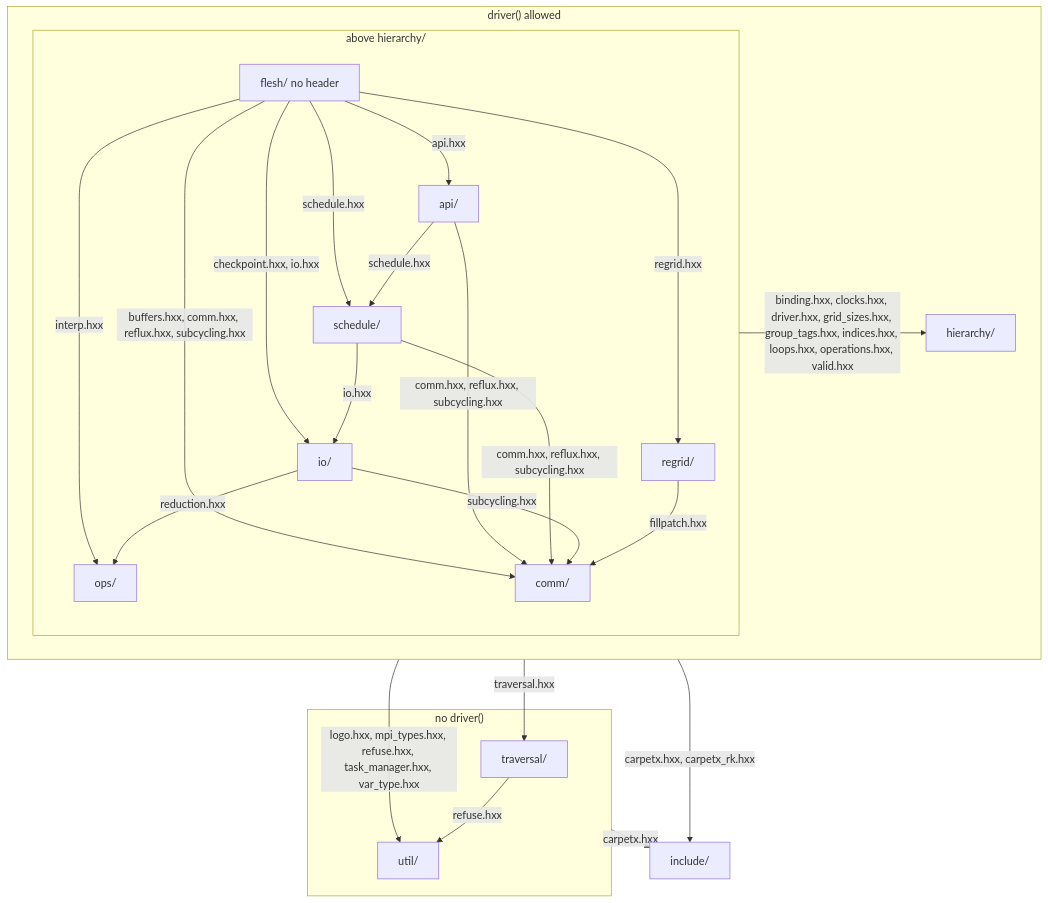
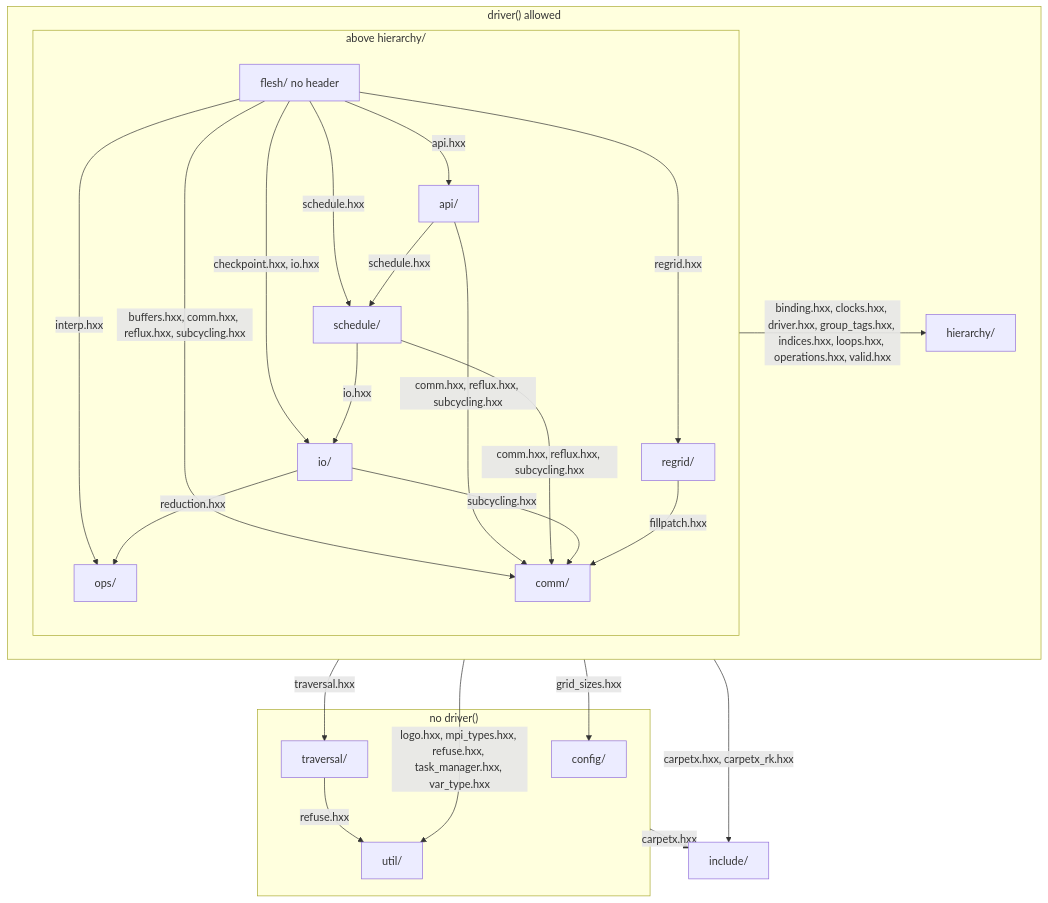
One commit to lwJi/CarpetX changed the first of 3 diagrams in agent_docs/carpetx-internals.md. Above: the diagram before and after it, drawn with Mermaid. The commit also changed other lines of this file and 15 other files, not shown here.

````diff
--- a/agent_docs/carpetx-internals.md
+++ b/agent_docs/carpetx-internals.md
@@ -7,39 +7,41 @@
 ```mermaid
 flowchart TB
   subgraph door["driver() allowed"]
     subgraph above["above hierarchy/"]
       flesh["flesh/ no header"]
       api["api/"]
       schedule["schedule/"]
       io["io/"]
       ops["ops/"]
       regrid["regrid/"]
       comm["comm/"]
     end
     hierarchy["hierarchy/"]
   end
   subgraph nodoor["no driver()"]
+    config["config/"]
     traversal["traversal/"]
     util["util/"]
   end
   include["include/"]
   flesh -- "api.hxx" --> api
   flesh -- "schedule.hxx" --> schedule
   flesh -- "checkpoint.hxx, io.hxx" --> io
   flesh -- "interp.hxx" --> ops
   flesh -- "regrid.hxx" --> regrid
   flesh -- "buffers.hxx, comm.hxx, reflux.hxx, subcycling.hxx" --> comm
   api -- "schedule.hxx" --> schedule
   api -- "comm.hxx, reflux.hxx, subcycling.hxx" --> comm
   schedule -- "io.hxx" --> io
   schedule -- "comm.hxx, reflux.hxx, subcycling.hxx" --> comm
   io -- "reduction.hxx" --> ops
   io -- "subcycling.hxx" --> comm
   regrid -- "fillpatch.hxx" --> comm
   traversal -- "refuse.hxx" --> util
-  above -- "binding.hxx, clocks.hxx, driver.hxx, grid_sizes.hxx, group_tags.hxx, indices.hxx, loops.hxx, operations.hxx, valid.hxx" --> hierarchy
+  above -- "binding.hxx, clocks.hxx, driver.hxx, group_tags.hxx, indices.hxx, loops.hxx, operations.hxx, valid.hxx" --> hierarchy
+  door -- "grid_sizes.hxx" --> config
   door -- "traversal.hxx" --> traversal
   door -- "logo.hxx, mpi_types.hxx, refuse.hxx, task_manager.hxx, var_type.hxx" --> util
   door -- "carpetx.hxx, carpetx_rk.hxx" --> include
   nodoor -- "carpetx.hxx" --> include
 ```
````
